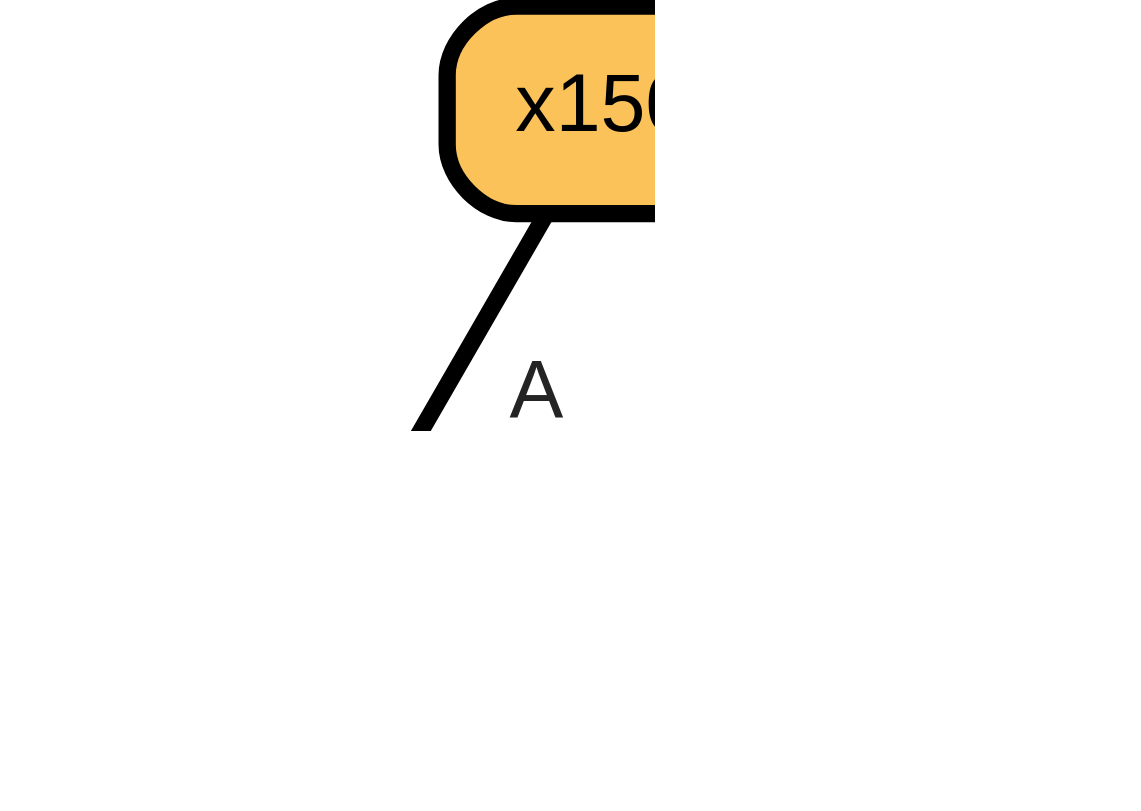
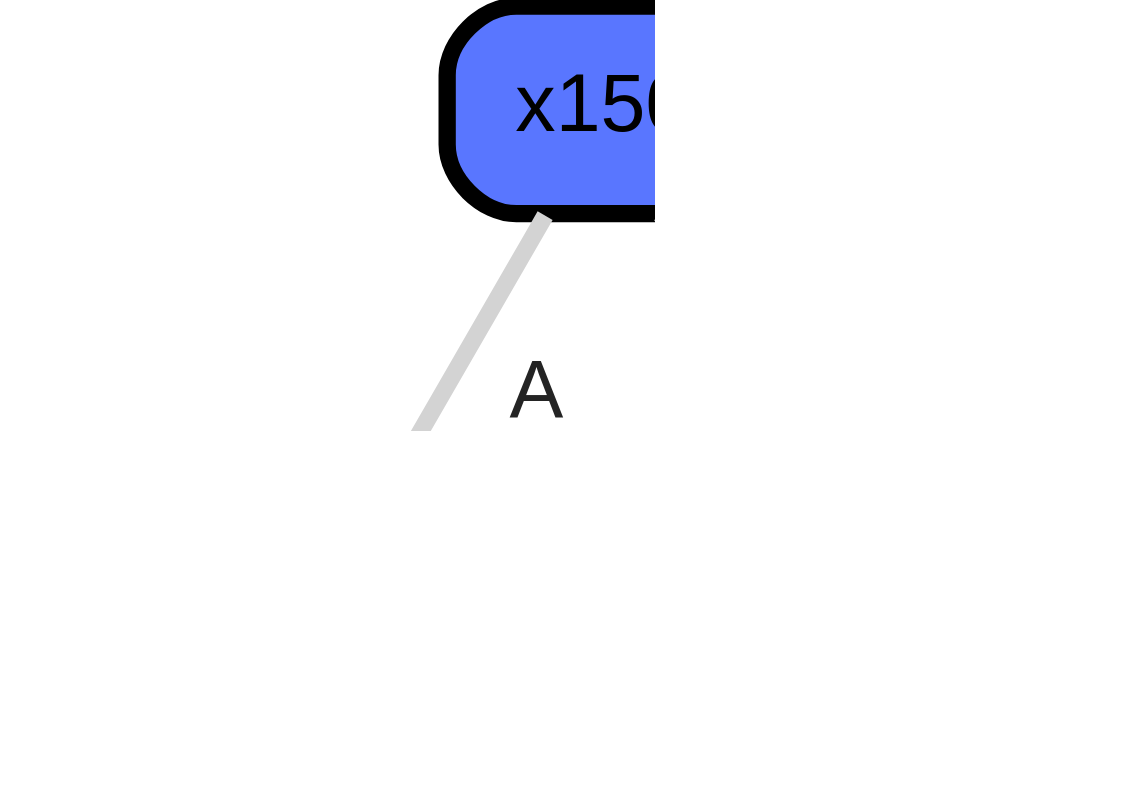
The diagram in qnet_predictions/qnet_models/trees/153.dot (zeroknowledgediscovery/emergenet), drawn with Graphviz before and after one commit. The commit also changed 1724 other files, not shown here.

```diff
--- a/qnet_predictions/qnet_models/trees/153.dot
+++ b/qnet_predictions/qnet_models/trees/153.dot
@@ -1,14 +1,14 @@
 graph Tree {
 node [shape=box, style="filled, rounded",color="black",penwidth="3",fontcolor="black",                 fontname=helvetica] ;
 graph [ranksep="0 equally", splines=straight,                 bgcolor=transparent, dpi=200] ;
-edge [fontname=helvetica, fontweight=bold,fontcolor=grey14,color=black] ;
+edge [fontname=helvetica, fontweight=bold,fontcolor=grey14,color=lightgray] ;
 0 [label="P
 Prob: 1.0
-Frac: 0.971", fillcolor="#ffc155"] ;
-1 [label="x150", fillcolor="#fac259"] ;
+Frac: 0.971", fillcolor="#5578ff"] ;
+1 [label="x150", fillcolor="#5976ff"] ;
 2 [label="S
 Prob: 1.0
-Frac: 0.029", fillcolor="#55ebff"] ;
+Frac: 0.029", fillcolor="#e755ff"] ;
 1 -- 0 [label=" A",penwidth=3] ;
 1 -- 2 [label=" T\n V",penwidth=3] ;
 {rank = same;}}
```
